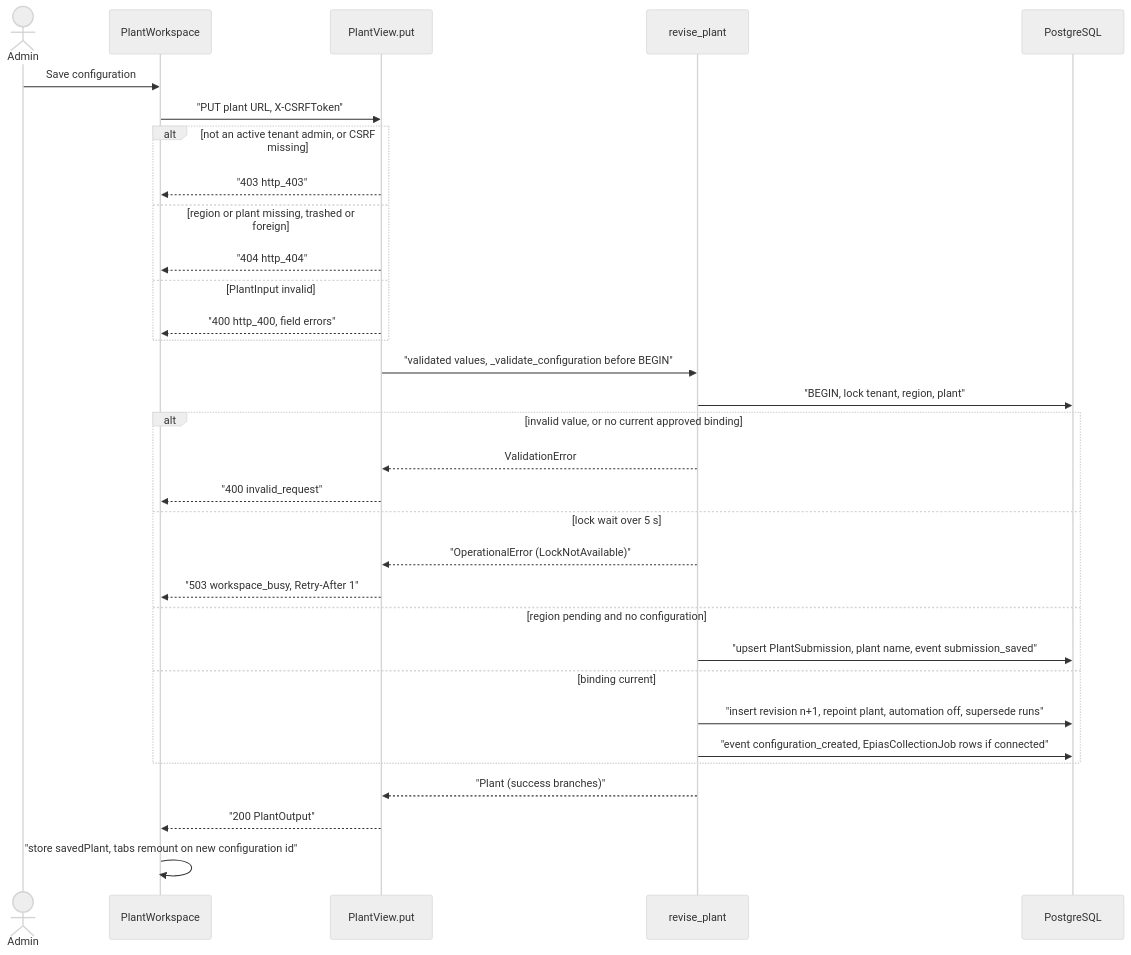
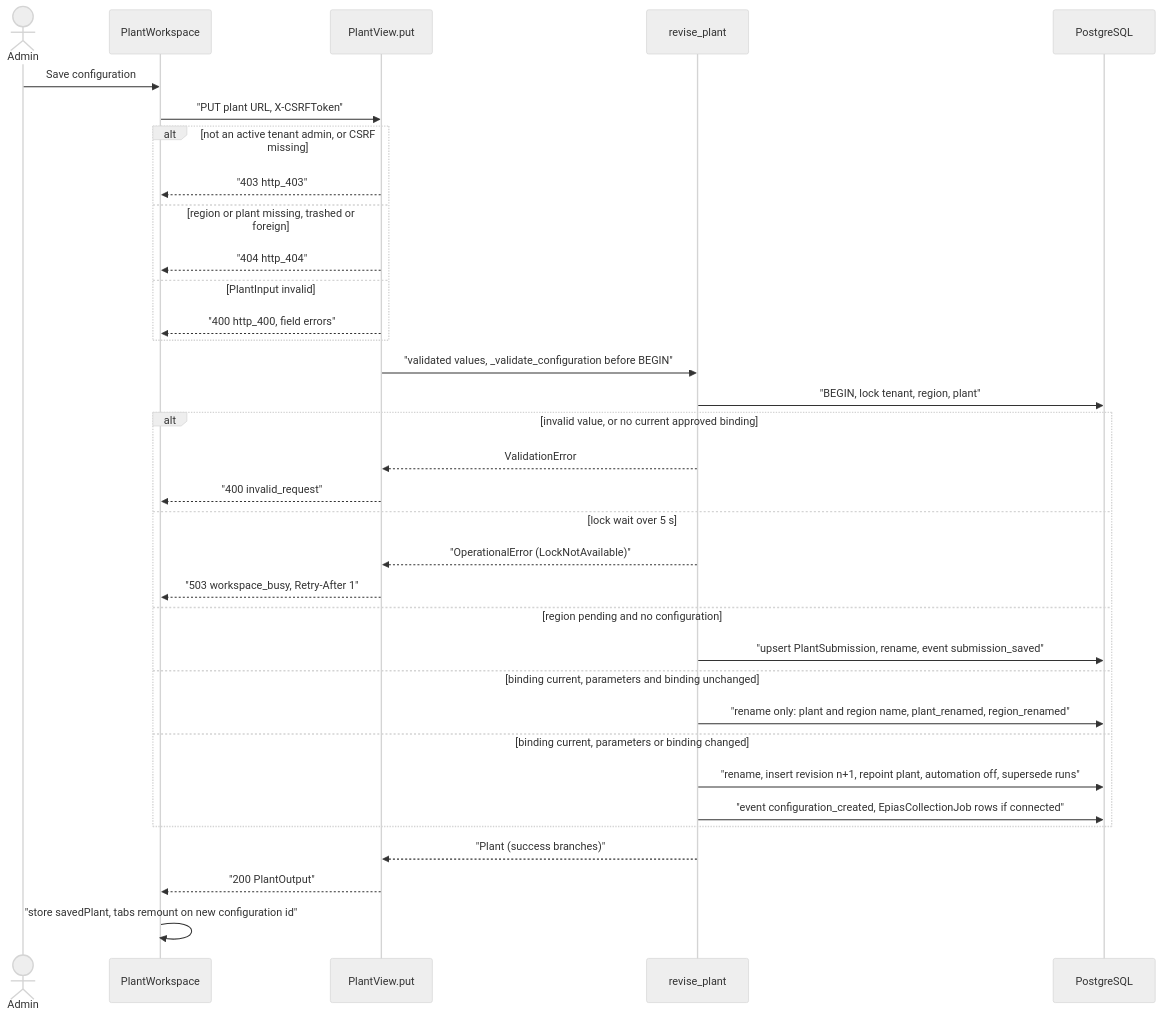
Before and after one commit to erkurtharun/pyracast: the diagram in docs/flows/plant-configuration-revision.md, drawn with Mermaid (neutral theme). The commit also changed other lines of this file and 14 other files, not shown here.

````diff
--- a/docs/flows/plant-configuration-revision.md
+++ b/docs/flows/plant-configuration-revision.md
@@ -14,34 +14,36 @@
 ```mermaid
 sequenceDiagram
     actor A as Admin
     participant UI as PlantWorkspace
     participant V as PlantView.put
     participant O as revise_plant
     participant DB as PostgreSQL
     A->>UI: Save configuration
     UI->>V: "PUT plant URL, X-CSRFToken"
     alt not an active tenant admin, or CSRF missing
         V-->>UI: "403 http_403"
     else region or plant missing, trashed or foreign
         V-->>UI: "404 http_404"
     else PlantInput invalid
         V-->>UI: "400 http_400, field errors"
     end
     V->>O: "validated values, _validate_configuration before BEGIN"
     O->>DB: "BEGIN, lock tenant, region, plant"
     alt invalid value, or no current approved binding
         O-->>V: ValidationError
         V-->>UI: "400 invalid_request"
     else lock wait over 5 s
         O-->>V: "OperationalError (LockNotAvailable)"
         V-->>UI: "503 workspace_busy, Retry-After 1"
     else region pending and no configuration
-        O->>DB: "upsert PlantSubmission, plant name, event submission_saved"
-    else binding current
-        O->>DB: "insert revision n+1, repoint plant, automation off, supersede runs"
+        O->>DB: "upsert PlantSubmission, rename, event submission_saved"
+    else binding current, parameters and binding unchanged
+        O->>DB: "rename only: plant and region name, plant_renamed, region_renamed"
+    else binding current, parameters or binding changed
+        O->>DB: "rename, insert revision n+1, repoint plant, automation off, supersede runs"
         O->>DB: "event configuration_created, EpiasCollectionJob rows if connected"
     end
     O-->>V: "Plant (success branches)"
     V-->>UI: "200 PlantOutput"
     UI->>UI: "store savedPlant, tabs remount on new configuration id"
 ```
````
